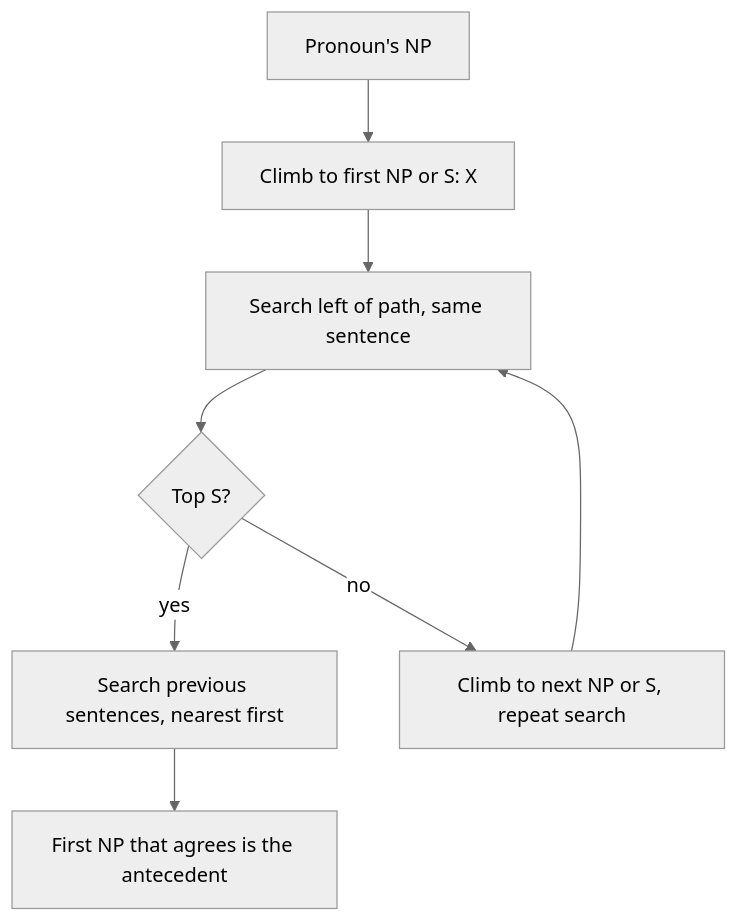
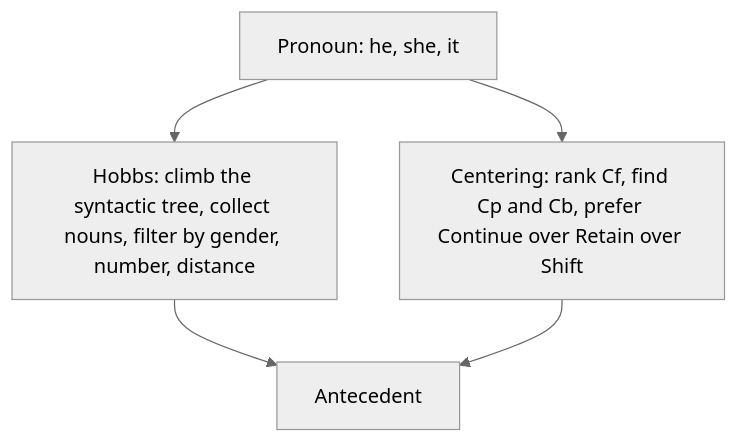
One commit to TrendySloth1001/sem-seven-notes changed the diagram in content/natural-language-processing/pyq/2024-05-ce/q5b.mdx. Above: the diagram before and after it, drawn with Mermaid (neutral theme). The commit also changed other lines of this file and 406 other files, not shown here.

````diff
--- a/content/natural-language-processing/pyq/2024-05-ce/q5b.mdx
+++ b/content/natural-language-processing/pyq/2024-05-ce/q5b.mdx
@@ -19,11 +7,8 @@
 ```mermaid
-%% caption: Hobbs' search in short. Look nearby in the same sentence first, then go to earlier sentences, always testing agreement.
+%% caption: Two methods for the same job of anaphora resolution.
 flowchart TD
-  A["Pronoun's NP"] --> B["Climb to first NP or S: X"]
-  B --> C["Search left of path, same sentence"]
-  C --> D{"Top S?"}
-  D -->|"yes"| E["Search previous sentences, nearest first"]
-  D -->|"no"| F["Climb to next NP or S, repeat search"]
-  E --> G["First NP that agrees is the antecedent"]
-  F --> C
+  A["Pronoun: he, she, it"] --> H["Hobbs: climb the syntactic tree, collect nouns, filter by gender, number, distance"]
+  A --> G["Centering: rank Cf, find Cp and Cb, prefer Continue over Retain over Shift"]
+  H --> R["Antecedent"]
+  G --> R
 ```
````
